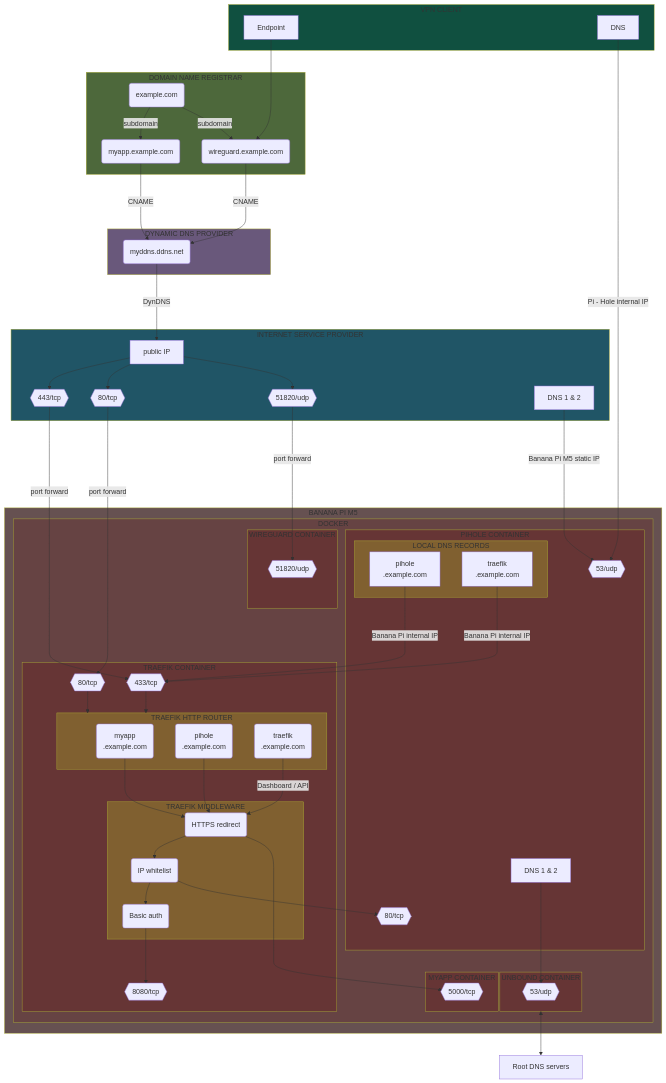
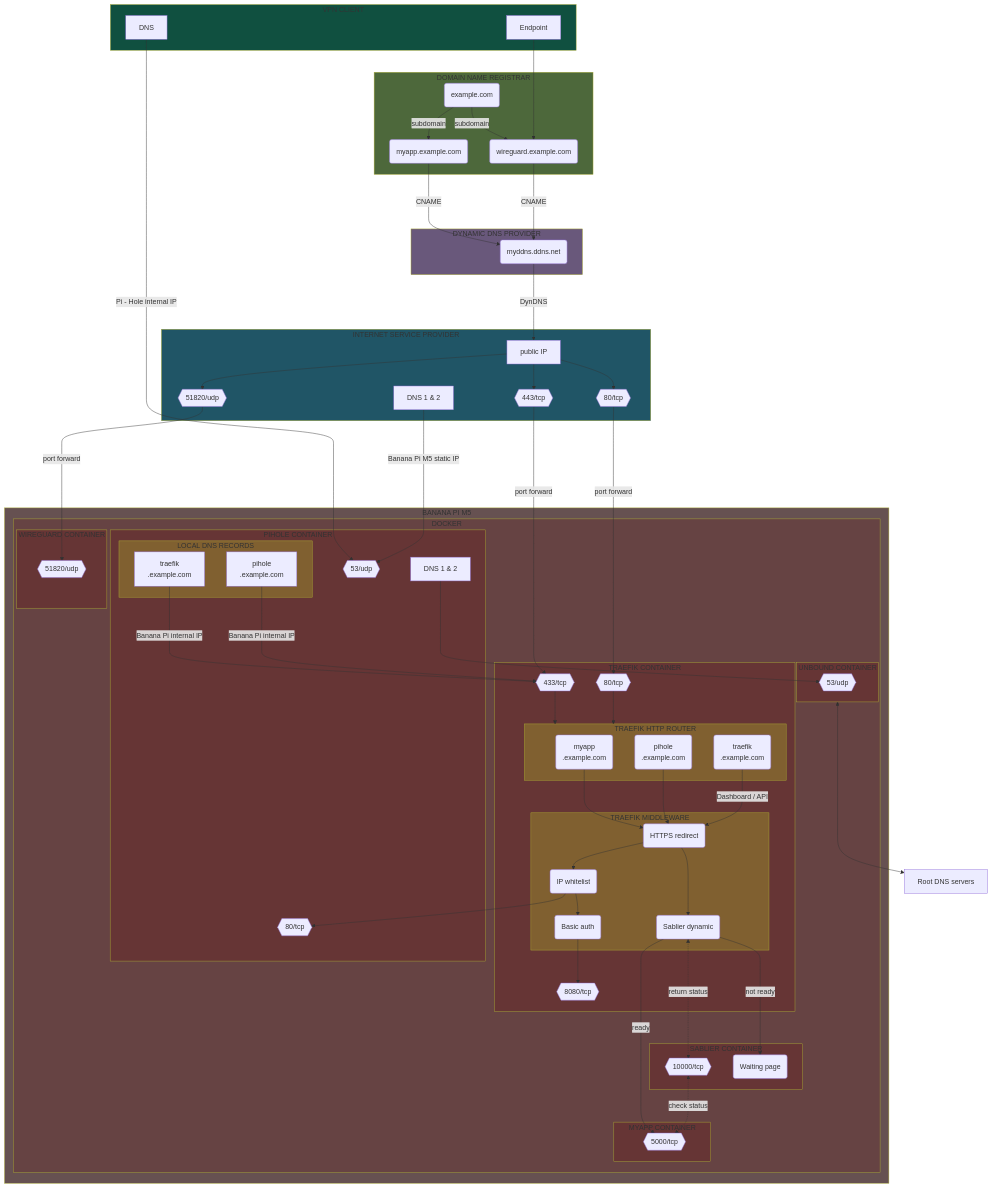
The first of 19 diagrams in README.md (Yann39/self-hosted), drawn with Mermaid before and after one commit. The commit also changed other lines of this file and 2 other files, not shown here.

Commit message:
updated main network architecture diagram to integrate Sablier + improved volume backup documentation

````diff
--- a/README.md
+++ b/README.md
@@ -192,6 +197,7 @@
     style CONTAINER_ENGINE fill: #664343
     style TRAEFIK_CONTAINER fill: #663535
     style PIHOLE_CONTAINER fill: #663535
+    style SABLIER_CONTAINER fill: #663535
     style UNBOUND_CONTAINER fill: #663535
     style MYAPP_CONTAINER fill: #663535
     style WIREGUARD_CONTAINER fill: #663535
@@ -215,6 +221,7 @@
     DOCKER_TRAEFIK_PORT80{{80/tcp}}
     DOCKER_TRAEFIK_PORT8080{{8080/tcp}}
     DOCKER_UNBOUND_PORT53{{53/udp}}
+    DOCKER_SABLIER_PORT10000{{10000/tcp}}
     TRAEFIK_ROUTER_MYAPP(myapp\n.example.com)
     TRAEFIK_ROUTER_PIHOLE(pihole\n.example.com)
     TRAEFIK_ROUTER_TRAEFIK(traefik\n.example.com)
@@ -241,14 +248,15 @@
 
     subgraph INTERNET_SERVICE_PROVIDER[INTERNET SERVICE PROVIDER]
         DDNS --->|DynDNS| ROUTER
+        ROUTER --> ROUTER_PORT80
         ROUTER --> ROUTER_PORT443
-        ROUTER --> ROUTER_PORT80
         ROUTER --> ROUTER_PORT51820
         DNS_ISP
     end
 
     subgraph SINGLE_BOARD_COMPUTER[BANANA PI M5]
         subgraph CONTAINER_ENGINE[DOCKER]
+
             subgraph TRAEFIK_CONTAINER[TRAEFIK CONTAINER]
                 subgraph TRAEFIK_ROUTER[TRAEFIK HTTP ROUTER]
                     TRAEFIK_ROUTER_TRAEFIK
@@ -258,11 +266,17 @@
                 subgraph TRAEFIK_MIDDLEWARE[TRAEFIK MIDDLEWARE]
                     REDIRECT(HTTPS redirect)
                     IP_WHITELISTING(IP whitelist)
+                    SABLIER(Sablier dynamic)
                     BASIC_AUTH(Basic auth)
                 end
                 DOCKER_TRAEFIK_PORT80
                 DOCKER_TRAEFIK_PORT443
                 DOCKER_TRAEFIK_PORT8080
+            end
+
+            subgraph SABLIER_CONTAINER[SABLIER CONTAINER]
+                DOCKER_SABLIER_PORT10000
+                WAITING_PAGE(Waiting page)
             end
 
             subgraph PIHOLE_CONTAINER[PIHOLE CONTAINER]
@@ -296,7 +310,7 @@
     ROUTER_PORT51820 -->|port forward| DOCKER_WIREGUARD_PORT51820
     ROUTER_PORT443 ------>|port forward| DOCKER_TRAEFIK_PORT443
     ROUTER_PORT80 -->|port forward| DOCKER_TRAEFIK_PORT80
-    DNS_ISP ---->|Banana Pi M5 static IP| DOCKER_PIHOLE_PORT53
+    DNS_ISP -->|Banana Pi M5 static IP| DOCKER_PIHOLE_PORT53
     PIHOLE_DNS_TRAEFIK --->|Banana Pi internal IP| DOCKER_TRAEFIK_PORT443
     PIHOLE_DNS_PIHOLE --->|Banana Pi internal IP| DOCKER_TRAEFIK_PORT443
     DOCKER_TRAEFIK_PORT443 --> TRAEFIK_ROUTER
@@ -306,9 +320,13 @@
     TRAEFIK_ROUTER_TRAEFIK -->|Dashboard / API| REDIRECT
     IP_WHITELISTING --> BASIC_AUTH
     IP_WHITELISTING --> DOCKER_PIHOLE_PORT80
+    REDIRECT ---> SABLIER
+    SABLIER <-..->|return status| DOCKER_SABLIER_PORT10000
+    SABLIER --->|not ready| WAITING_PAGE
+    SABLIER --->|ready| DOCKER_MYAPP_PORT5000
     REDIRECT --> IP_WHITELISTING
-    REDIRECT ----> DOCKER_MYAPP_PORT5000
+    DOCKER_SABLIER_PORT10000 <-.->|check status| DOCKER_MYAPP_PORT5000
     BASIC_AUTH --> DOCKER_TRAEFIK_PORT8080
     DOCKER_PIHOLE_DNS ---> DOCKER_UNBOUND_PORT53
-    UNBOUND_CONTAINER <--> ROOT_DNS_SERVERS
+    UNBOUND_CONTAINER <----> ROOT_DNS_SERVERS
 ```
````
